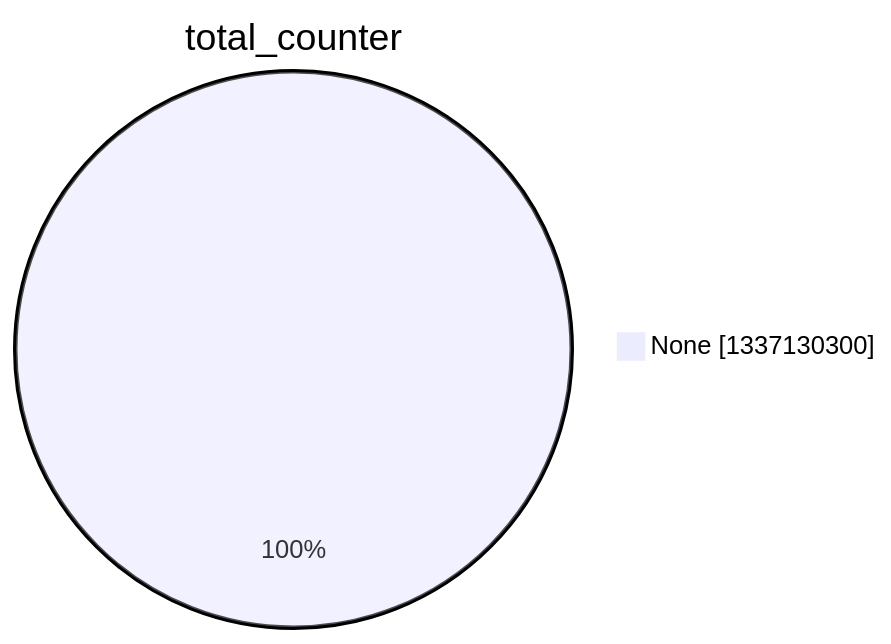
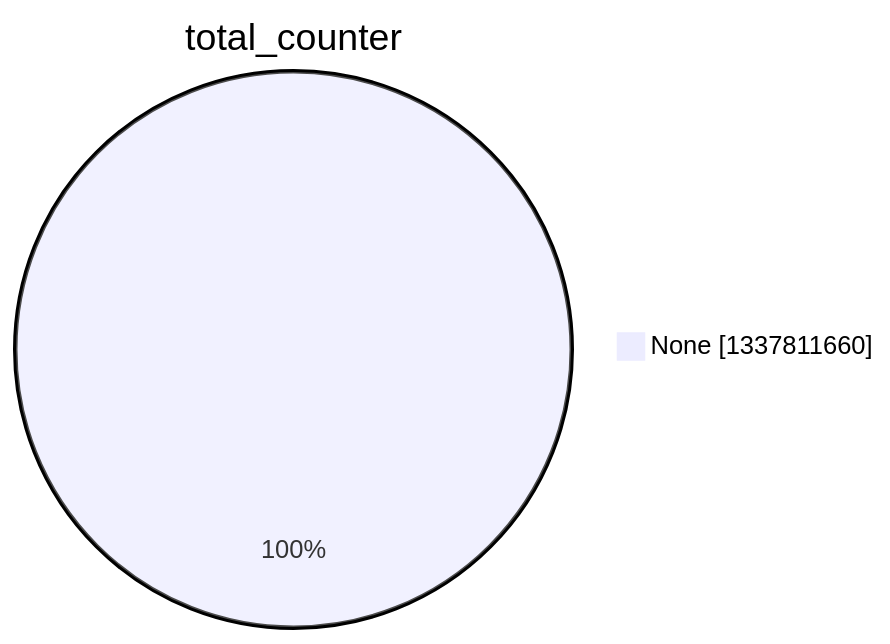
The second of 15 diagrams in argon2022/README.md (christiankrug/ctmonitor_visualization), drawn with Mermaid before and after one commit. The commit also changed other lines of this file, not shown here.

````diff
--- a/argon2022/README.md
+++ b/argon2022/README.md
@@ -9,5 +9,5 @@
 ```mermaid
 pie showData
 title total_counter
-"None" :1337130300
+"None" :1337811660
 ```
````
